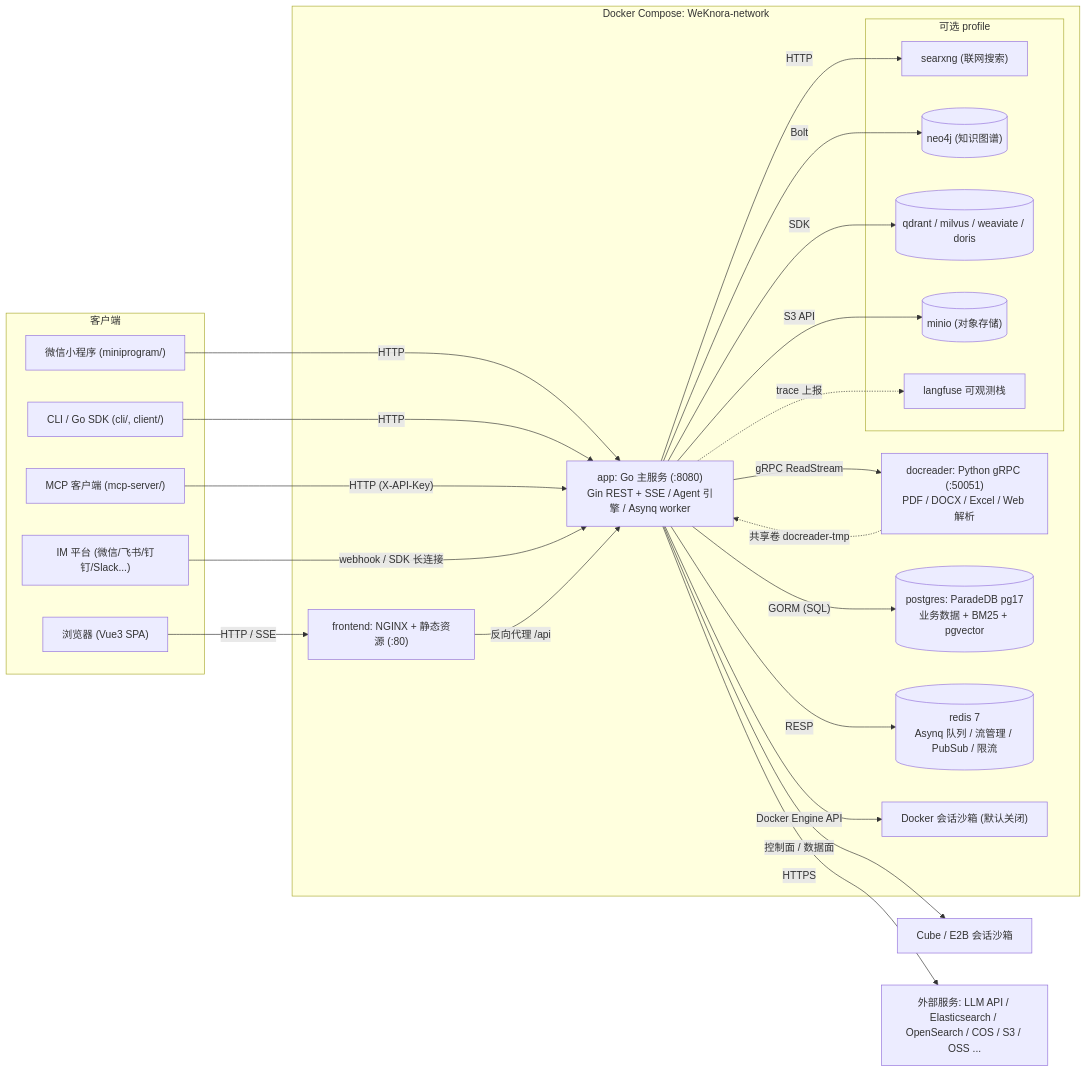
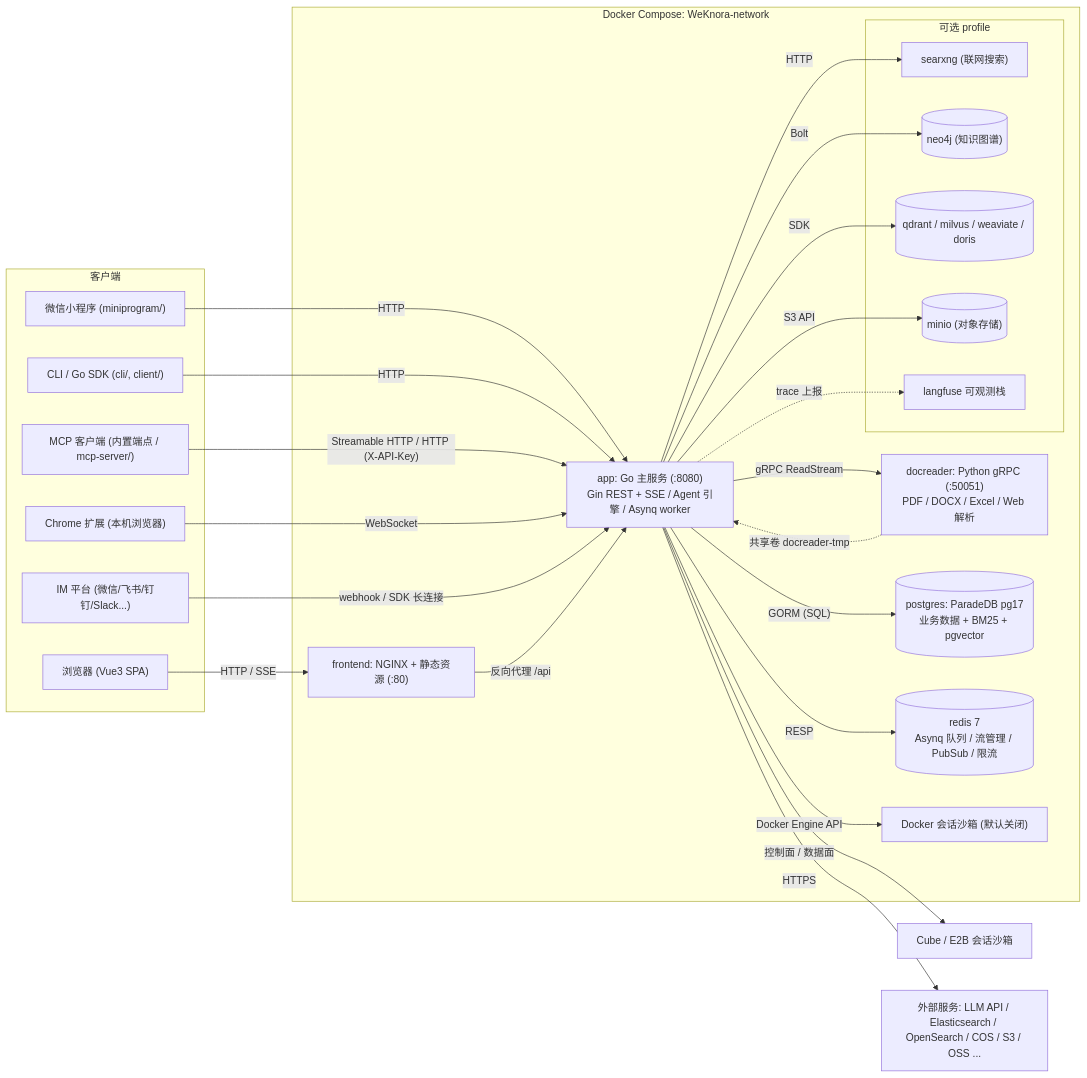
The first of 2 diagrams in website-docs/02-architecture/01-overview.md (michadel/WeKnora), drawn with Mermaid before and after one commit. The commit also changed other lines of this file and 125 other files, not shown here.

````diff
--- a/website-docs/02-architecture/01-overview.md
+++ b/website-docs/02-architecture/01-overview.md
@@ -89,48 +91,50 @@
 ```mermaid
 graph LR
     subgraph Clients["客户端"]
         Browser["浏览器 (Vue3 SPA)"]
         Mini["微信小程序 (miniprogram/)"]
         CLI["CLI / Go SDK (cli/, client/)"]
-        MCPC["MCP 客户端 (mcp-server/)"]
+        MCPC["MCP 客户端 (内置端点 / mcp-server/)"]
+        EXTN["Chrome 扩展 (本机浏览器)"]
         IM["IM 平台 (微信/飞书/钉钉/Slack...)"]
     end
 
     subgraph Compose["Docker Compose: WeKnora-network"]
         FE["frontend: NGINX + 静态资源 (:80)"]
         APP["app: Go 主服务 (:8080)<br/>Gin REST + SSE / Agent 引擎 / Asynq worker"]
         DR["docreader: Python gRPC (:50051)<br/>PDF / DOCX / Excel / Web 解析"]
         PG[("postgres: ParadeDB pg17<br/>业务数据 + BM25 + pgvector")]
         RD[("redis 7<br/>Asynq 队列 / 流管理 / PubSub / 限流")]
         SBX["Docker 会话沙箱 (默认关闭)"]
         subgraph Optional["可选 profile"]
             SX["searxng (联网搜索)"]
             NEO[("neo4j (知识图谱)")]
             VDB[("qdrant / milvus / weaviate / doris")]
             MINIO[("minio (对象存储)")]
             LF["langfuse 可观测栈"]
         end
     end
 
     REMOTE["Cube / E2B 会话沙箱"]
     EXT["外部服务: LLM API / Elasticsearch / OpenSearch / COS / S3 / OSS ..."]
 
     Browser -->|"HTTP / SSE"| FE
     Mini -->|"HTTP"| APP
     CLI -->|"HTTP"| APP
-    MCPC -->|"HTTP (X-API-Key)"| APP
+    MCPC -->|"Streamable HTTP / HTTP (X-API-Key)"| APP
+    EXTN -->|"WebSocket"| APP
     IM -->|"webhook / SDK 长连接"| APP
     FE -->|"反向代理 /api"| APP
     APP -->|"gRPC ReadStream"| DR
     APP -->|"GORM (SQL)"| PG
     APP -->|"RESP"| RD
     APP -->|"Docker Engine API"| SBX
     APP -->|"控制面 / 数据面"| REMOTE
     APP -->|"HTTP"| SX
     APP -->|"Bolt"| NEO
     APP -->|"SDK"| VDB
     APP -->|"S3 API"| MINIO
     APP -->|"HTTPS"| EXT
     APP -.->|"trace 上报"| LF
     DR -.->|"共享卷 docreader-tmp"| APP
 ```
````
